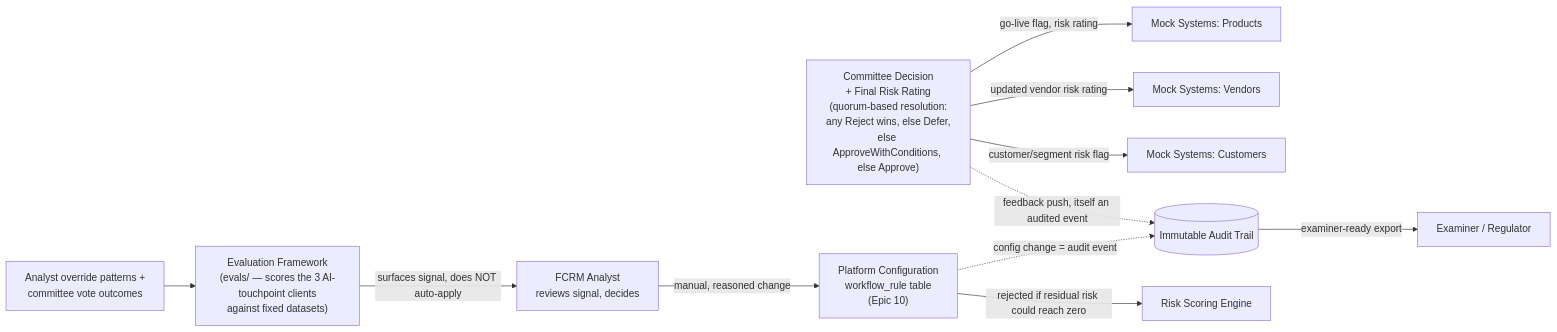
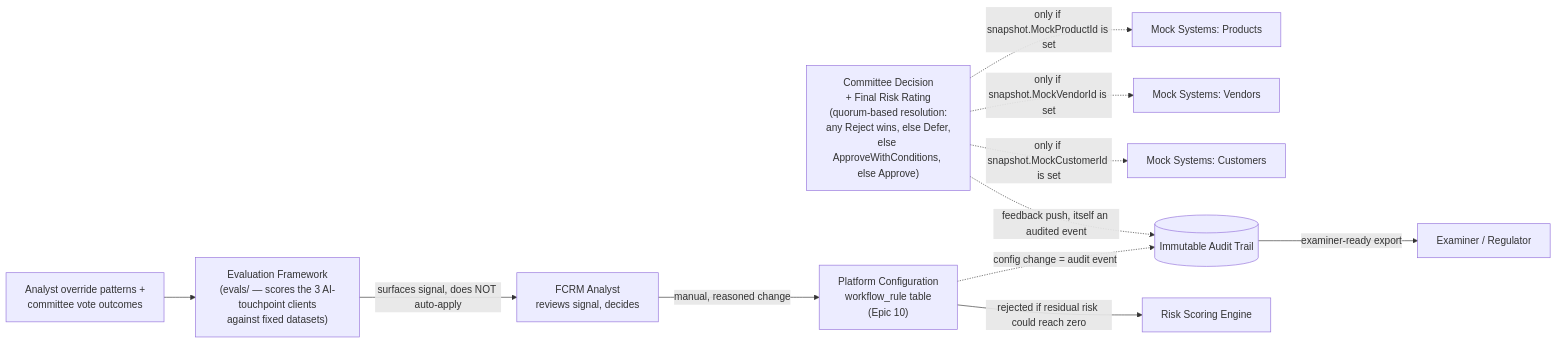
Before and after one commit to surajkoditala/humaid-risk-governance: the fifth of 5 diagrams in docs/architecture/ecosystem-diagram.md, drawn with Mermaid. The commit also changed other lines of this file, not shown here.

First line of the commit message:
Fix ecosystem diagram: Mock Systems linking is optional, not automatic

````diff
--- a/docs/architecture/ecosystem-diagram.md
+++ b/docs/architecture/ecosystem-diagram.md
@@ -209,16 +230,16 @@
 ```mermaid
 flowchart LR
     DECISION["Committee Decision<br/>+ Final Risk Rating<br/>(quorum-based resolution:<br/>any Reject wins, else Defer,<br/>else ApproveWithConditions, else Approve)"]
-    DECISION -->|go-live flag, risk rating| CBS3[Mock Systems: Products]
-    DECISION -->|updated vendor risk rating| VMS3[Mock Systems: Vendors]
-    DECISION -->|customer/segment risk flag| CRM3[Mock Systems: Customers]
+    DECISION -.->|only if snapshot.MockProductId is set| CBS3[Mock Systems: Products]
+    DECISION -.->|only if snapshot.MockVendorId is set| VMS3[Mock Systems: Vendors]
+    DECISION -.->|only if snapshot.MockCustomerId is set| CRM3[Mock Systems: Customers]
     DECISION -.->|feedback push, itself an audited event| AUDIT3[("Immutable Audit Trail")]
 
     AUDIT3 -->|examiner-ready export| EXAM3[Examiner / Regulator]
 
     OVERRIDES["Analyst override patterns +<br/>committee vote outcomes"] --> EVAL["Evaluation Framework<br/>(evals/ — scores the 3 AI-touchpoint clients<br/>against fixed datasets)"]
     EVAL -->|surfaces signal, does NOT auto-apply| ANALYST["FCRM Analyst<br/>reviews signal, decides"]
     ANALYST -->|manual, reasoned change| CONFIG["Platform Configuration<br/>workflow_rule table<br/>(Epic 10)"]
     CONFIG -->|rejected if residual risk could reach zero| SCOREENGINE["Risk Scoring Engine"]
     CONFIG -.->|config change = audit event| AUDIT3
 ```
````
